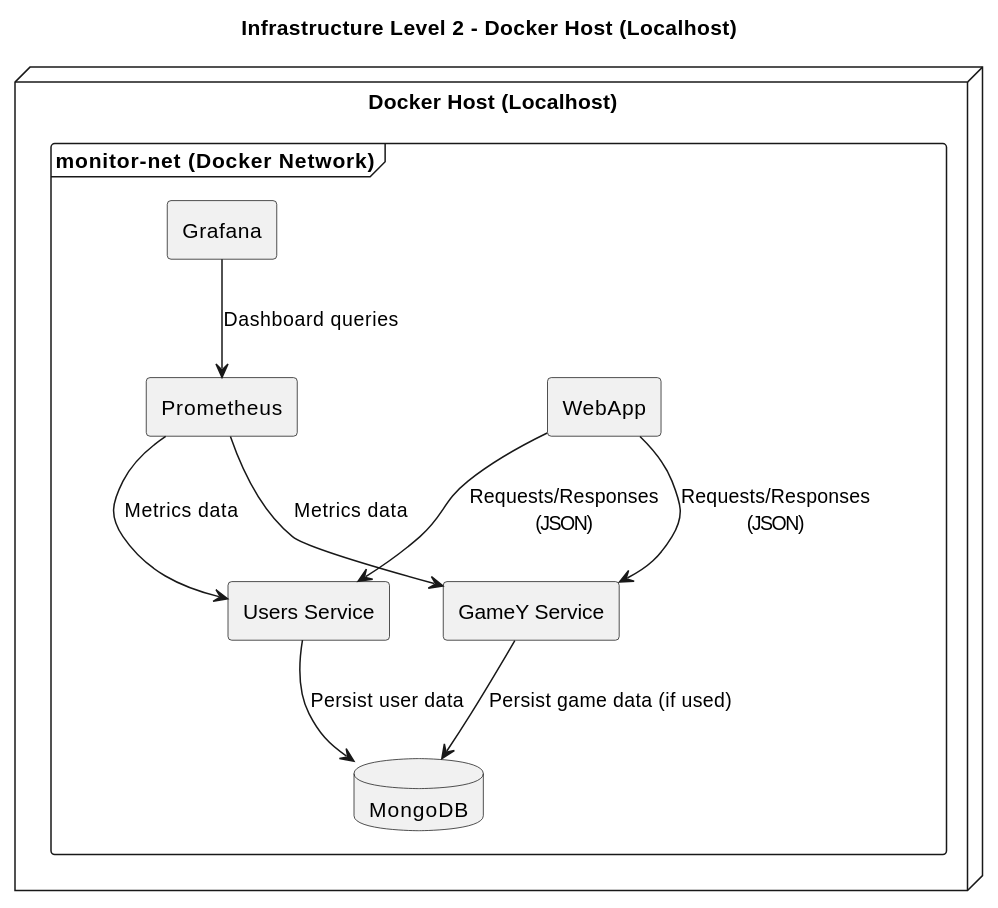
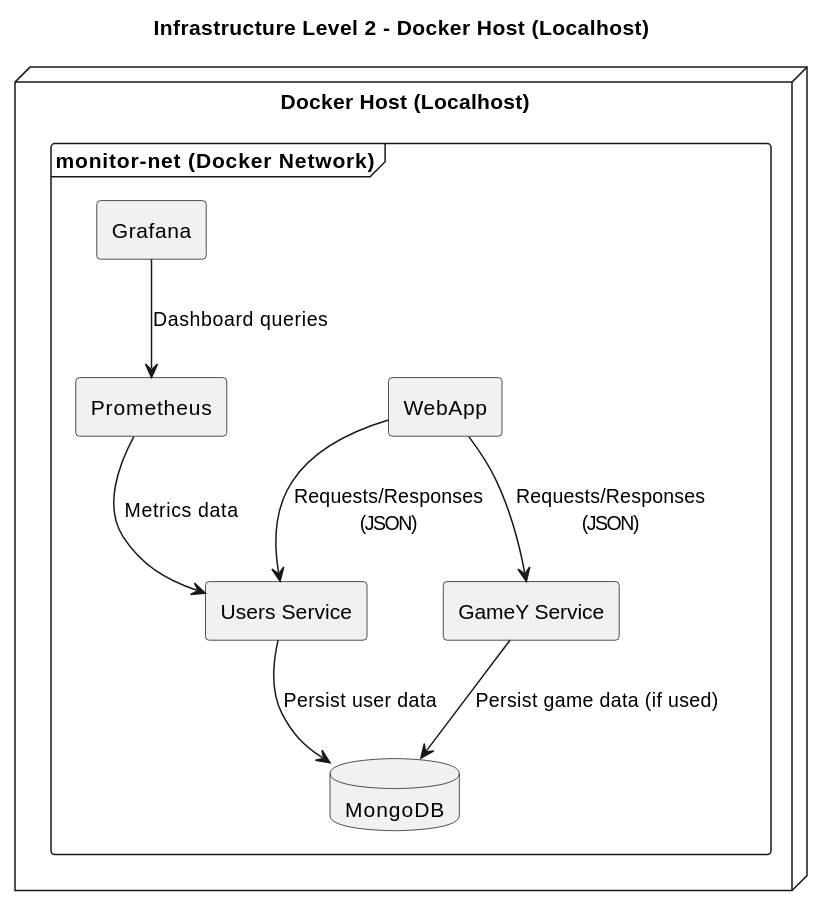
The second of 4 diagrams in docs/src/07_deployment_view.adoc (Arquisoft/yovi_es1a), drawn with PlantUML before and after one commit. The commit also changed other lines of this file and 7 other files, not shown here.

Commit message:
Documentacion arreglada, diagramas visibles

```diff
--- a/docs/src/07_deployment_view.adoc
+++ b/docs/src/07_deployment_view.adoc
@@ -156,30 +154,29 @@
-[plantuml, "deployment-level2-host", png]
+[plantuml]
 ----
 @startuml
 title Infrastructure Level 2 - Docker Host (Localhost)
 
 skinparam shadowing false
 skinparam componentStyle rectangle
 
 node "Docker Host (Localhost)" as host {
   frame "monitor-net (Docker Network)" as net {
     [WebApp] as webapp
     [Users Service] as users
     [GameY Service] as gamey
     database "MongoDB" as mongo
     [Prometheus] as prom
     [Grafana] as graf
   }
 }
 
 webapp --> users : Requests/Responses\n(JSON)
 webapp --> gamey : Requests/Responses\n(JSON)
 
 users --> mongo : Persist user data
 gamey --> mongo : Persist game data (if used)
 
 prom --> users : Metrics data
-prom --> gamey : Metrics data
 graf --> prom : Dashboard queries
 @enduml
 ----
```
